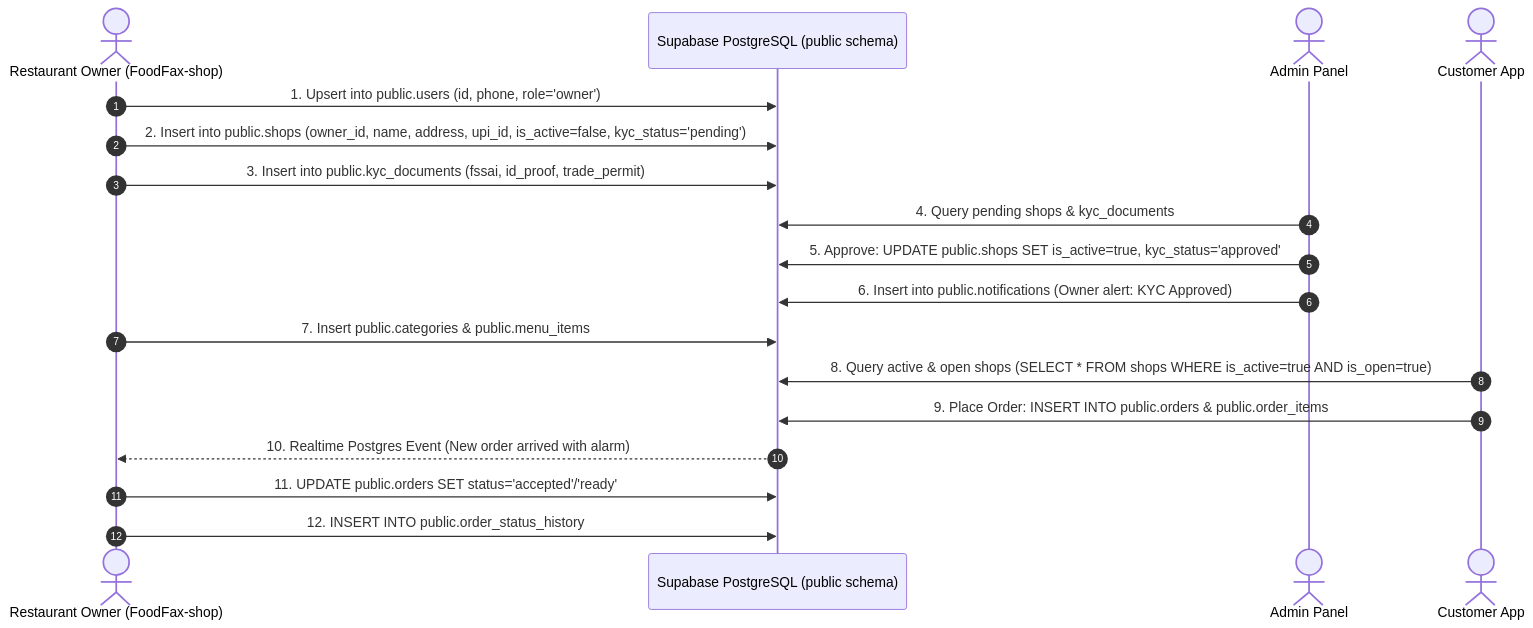
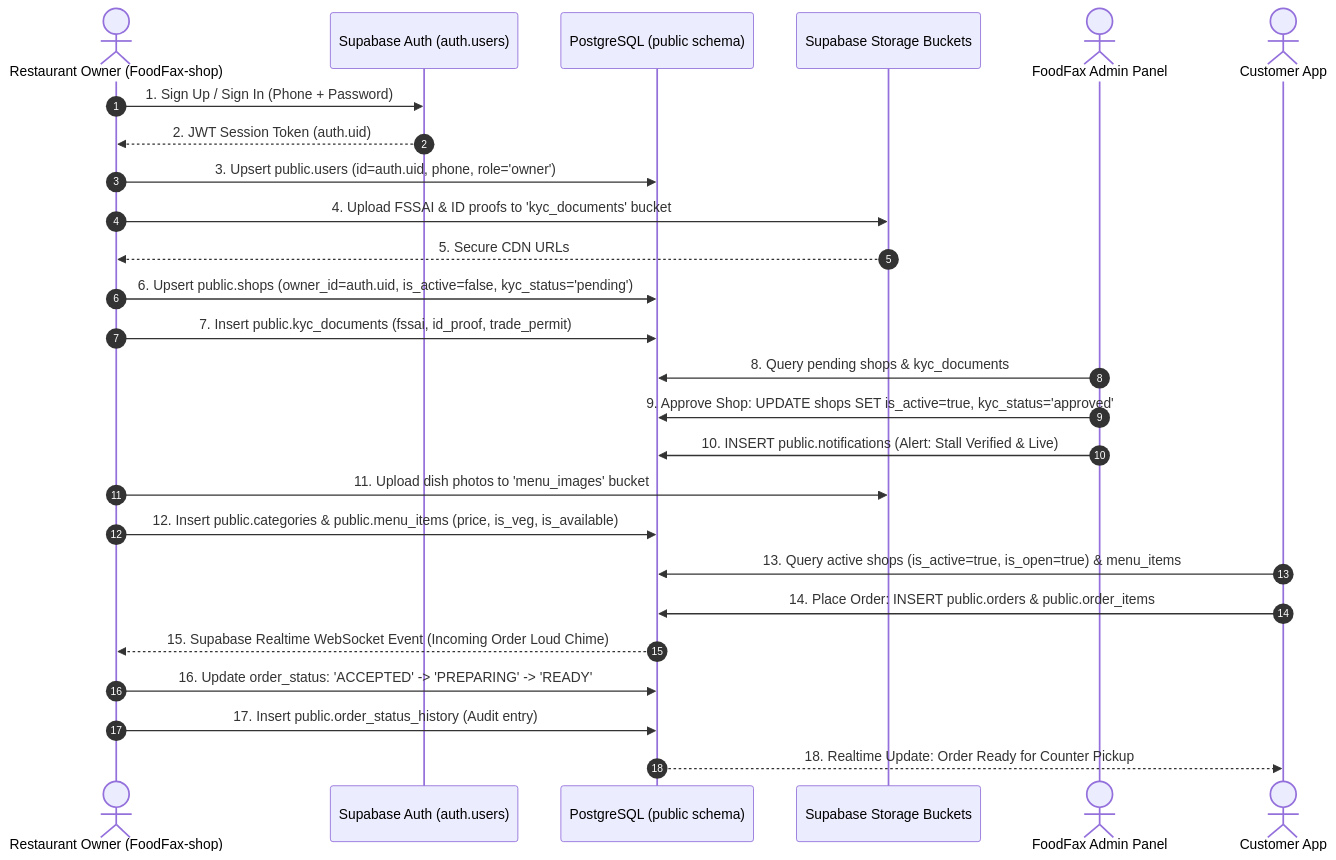
One commit to mohitsinghs0/FoodFax-shop changed the diagram in database.md. Above: the diagram before and after it, drawn with Mermaid. The commit also changed other lines of this file and 5 other files, not shown here.

````diff
--- a/database.md
+++ b/database.md
@@ -263,30 +358,40 @@
 ```mermaid
 sequenceDiagram
     autonumber
     actor Owner as Restaurant Owner (FoodFax-shop)
-    participant DB as Supabase PostgreSQL (public schema)
-    actor Admin as Admin Panel
+    participant Auth as Supabase Auth (auth.users)
+    participant DB as PostgreSQL (public schema)
+    participant Storage as Supabase Storage Buckets
+    actor Admin as FoodFax Admin Panel
     actor Cust as Customer App
 
-    %% 1. Registration & Shop Creation
-    Owner->>DB: 1. Upsert into public.users (id, phone, role='owner')
-    Owner->>DB: 2. Insert into public.shops (owner_id, name, address, upi_id, is_active=false, kyc_status='pending')
-    Owner->>DB: 3. Insert into public.kyc_documents (fssai, id_proof, trade_permit)
+    %% 1. Registration & Login
+    Owner->>Auth: 1. Sign Up / Sign In (Phone + Password)
+    Auth-->>Owner: 2. JWT Session Token (auth.uid)
+    Owner->>DB: 3. Upsert public.users (id=auth.uid, phone, role='owner')
 
-    %% 2. Admin Verification
-    Admin->>DB: 4. Query pending shops & kyc_documents
-    Admin->>DB: 5. Approve: UPDATE public.shops SET is_active=true, kyc_status='approved'
-    Admin->>DB: 6. Insert into public.notifications (Owner alert: KYC Approved)
+    %% 2. Shop Setup & KYC
+    Owner->>Storage: 4. Upload FSSAI & ID proofs to 'kyc_documents' bucket
+    Storage-->>Owner: 5. Secure CDN URLs
+    Owner->>DB: 6. Upsert public.shops (owner_id=auth.uid, is_active=false, kyc_status='pending')
+    Owner->>DB: 7. Insert public.kyc_documents (fssai, id_proof, trade_permit)
 
-    %% 3. Menu Management
-    Owner->>DB: 7. Insert public.categories & public.menu_items
-    
-    %% 4. Customer Ordering
-    Cust->>DB: 8. Query active & open shops (SELECT * FROM shops WHERE is_active=true AND is_open=true)
-    Cust->>DB: 9. Place Order: INSERT INTO public.orders & public.order_items
-    
-    %% 5. Realtime Kitchen Notification
-    DB-->>Owner: 10. Realtime Postgres Event (New order arrived with alarm)
-    Owner->>DB: 11. UPDATE public.orders SET status='accepted'/'ready'
-    Owner->>DB: 12. INSERT INTO public.order_status_history
+    %% 3. Admin Verification
+    Admin->>DB: 8. Query pending shops & kyc_documents
+    Admin->>DB: 9. Approve Shop: UPDATE shops SET is_active=true, kyc_status='approved'
+    Admin->>DB: 10. INSERT public.notifications (Alert: Stall Verified & Live)
+
+    %% 4. Menu Catalog Management
+    Owner->>Storage: 11. Upload dish photos to 'menu_images' bucket
+    Owner->>DB: 12. Insert public.categories & public.menu_items (price, is_veg, is_available)
+
+    %% 5. Customer Ordering & Live Kitchen Dispatch
+    Cust->>DB: 13. Query active shops (is_active=true, is_open=true) & menu_items
+    Cust->>DB: 14. Place Order: INSERT public.orders & public.order_items
+    DB-->>Owner: 15. Supabase Realtime WebSocket Event (Incoming Order Loud Chime)
+
+    %% 6. Kitchen Fulfillment
+    Owner->>DB: 16. Update order_status: 'ACCEPTED' -> 'PREPARING' -> 'READY'
+    Owner->>DB: 17. Insert public.order_status_history (Audit entry)
+    DB-->>Cust: 18. Realtime Update: Order Ready for Counter Pickup
 ```
````
